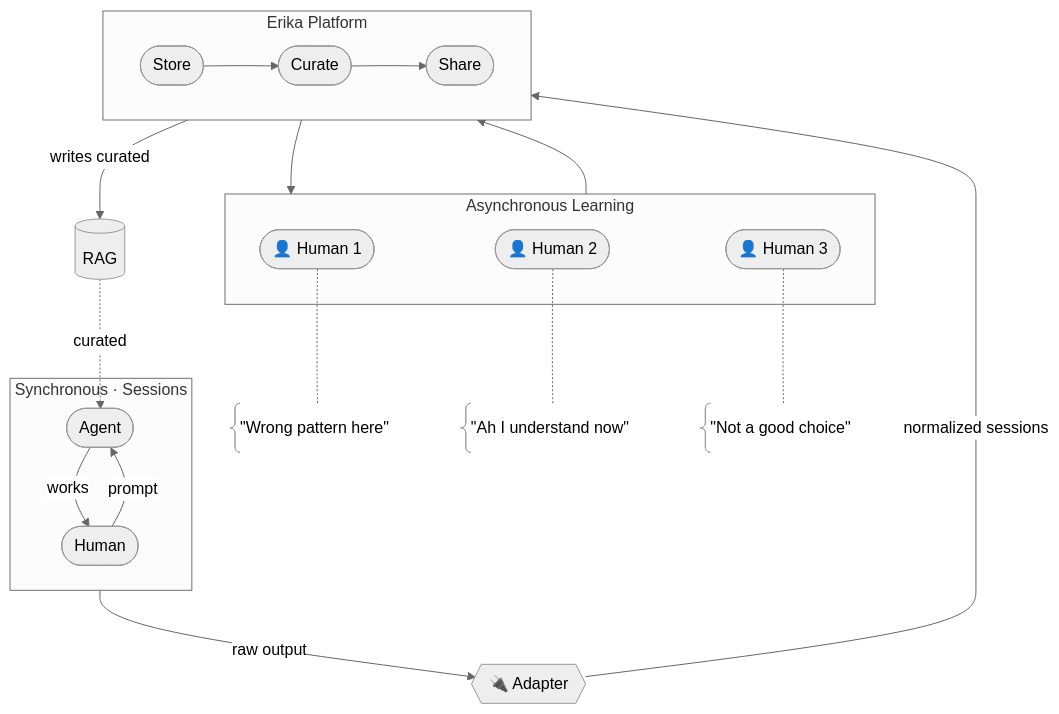
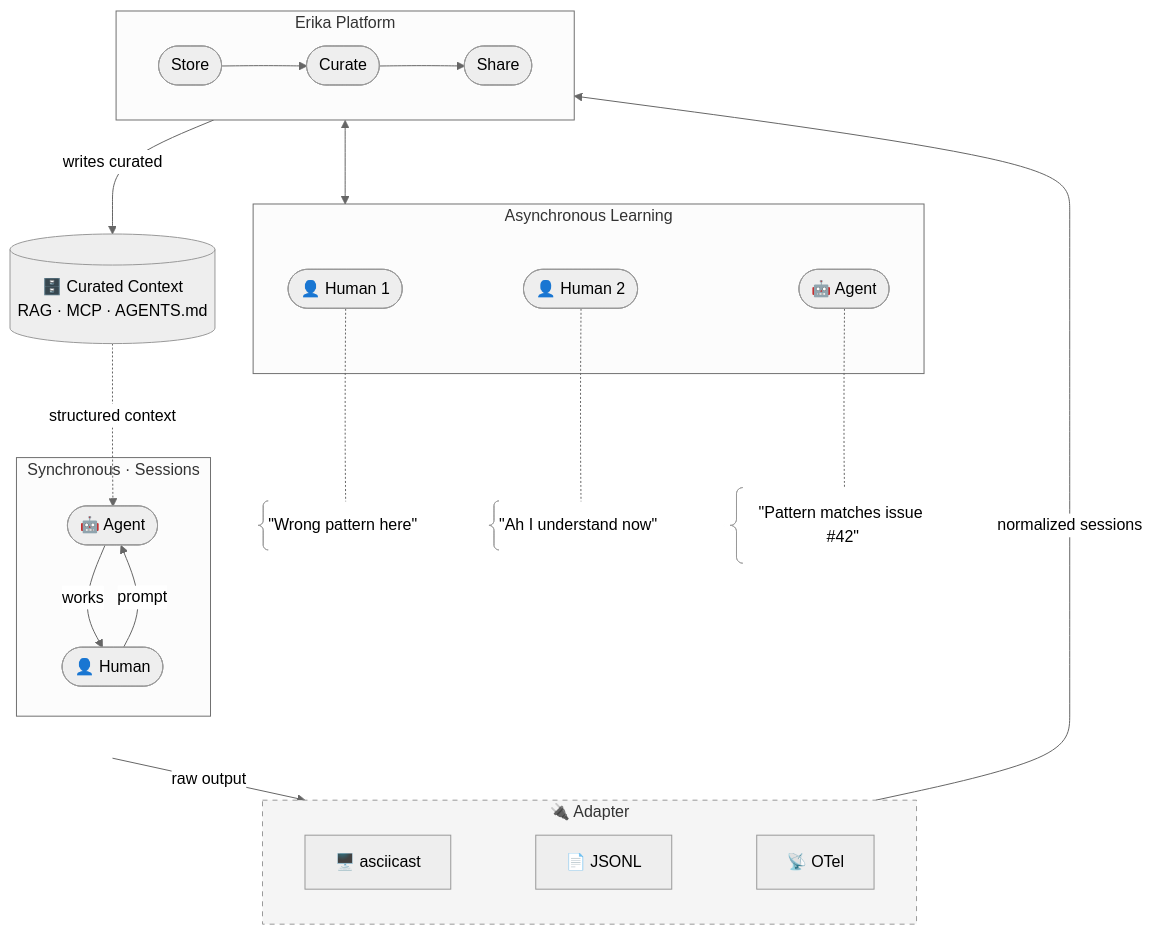
The fifth of 5 diagrams in VISION.md (thiscantbeserious/ragts-learning-platform), drawn with Mermaid (neutral theme) before and after one commit. The commit also changed other lines of this file and 1 other file, not shown here.

First paragraph of the commit message:
chore: enrich VISION step 5 with writers and adapter detail (#62)
* chore: enrich VISION step 5 with writers and adapter detail

````diff
--- a/VISION.md
+++ b/VISION.md
@@ -107,36 +109,43 @@
 ```mermaid
-%%{ init: { 'flowchart': { 'nodeSpacing': 50, 'rankSpacing': 50 } } }%%
+%%{ init: { 'flowchart': { 'nodeSpacing': 50, 'rankSpacing': 60 } } }%%
 flowchart TD
     subgraph Session["Synchronous · Sessions"]
-        Human(["👤 Human"]) -->|prompt| Agent([Agent])
-        Agent -->|works| Human([Human])
+        Human(["👤 Human"]) -->|prompt| Agent(["🤖 Agent"])
+        Agent -->|works| Human
     end
 
-    Session -->|raw output| Adapter{{"🔌 Adapter"}}
+    Session -->|raw output| Adapter
+
+    subgraph Adapter["🔌 Adapter"]
+        direction LR
+        Asciicast["🖥️ asciicast"] ~~~ JSONL["📄 JSONL"] ~~~ OTel["📡 OTel"]
+    end
+
     Adapter -->|normalized sessions| Platform
 
     subgraph Platform["Erika Platform"]
         direction LR
         Store([Store]) --> Curate([Curate]) --> Share([Share])
     end
 
     subgraph Team["Asynchronous Learning"]
         H1(["👤 Human 1"])
         H2(["👤 Human 2"])
-        H3(["👤 Human 3"])
+        A1(["🤖 Agent"])
     end
 
     S1@{ shape: brace, label: '"Wrong pattern here"' }
     S2@{ shape: brace, label: '"Ah I understand now"' }
-    S3@{ shape: brace, label: '"Not a good choice"' }
+    S3@{ shape: brace, label: '"Pattern matches issue #42"' }
     H1 -.- S1
     H2 -.- S2
-    H3 -.- S3
+    A1 -.- S3
 
-    Platform --> Team
-    Team --> Platform
+    Platform <--> Team
 
-    RAG[(RAG)]
-    Platform -->|writes curated| RAG
-    RAG -.->|curated| Agent
+    Curated[("🗄️ Curated Context<br/>RAG · MCP · AGENTS.md")]
+    Platform -->|writes curated| Curated
+    Curated -.->|structured context| Agent
+
+    style Adapter stroke-dasharray: 5 5, fill:#f5f5f5, stroke:#999, color:#333
 ```
````
